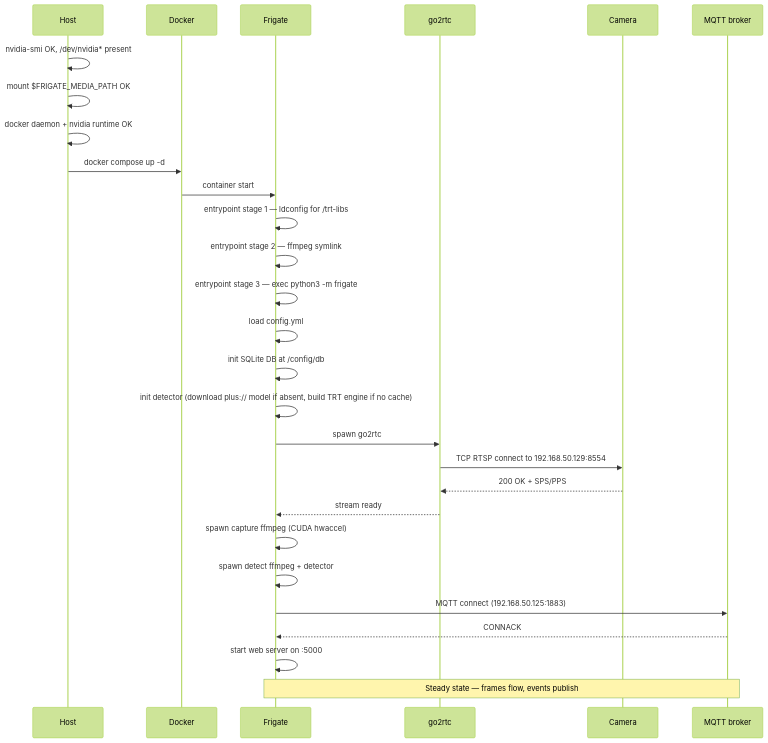
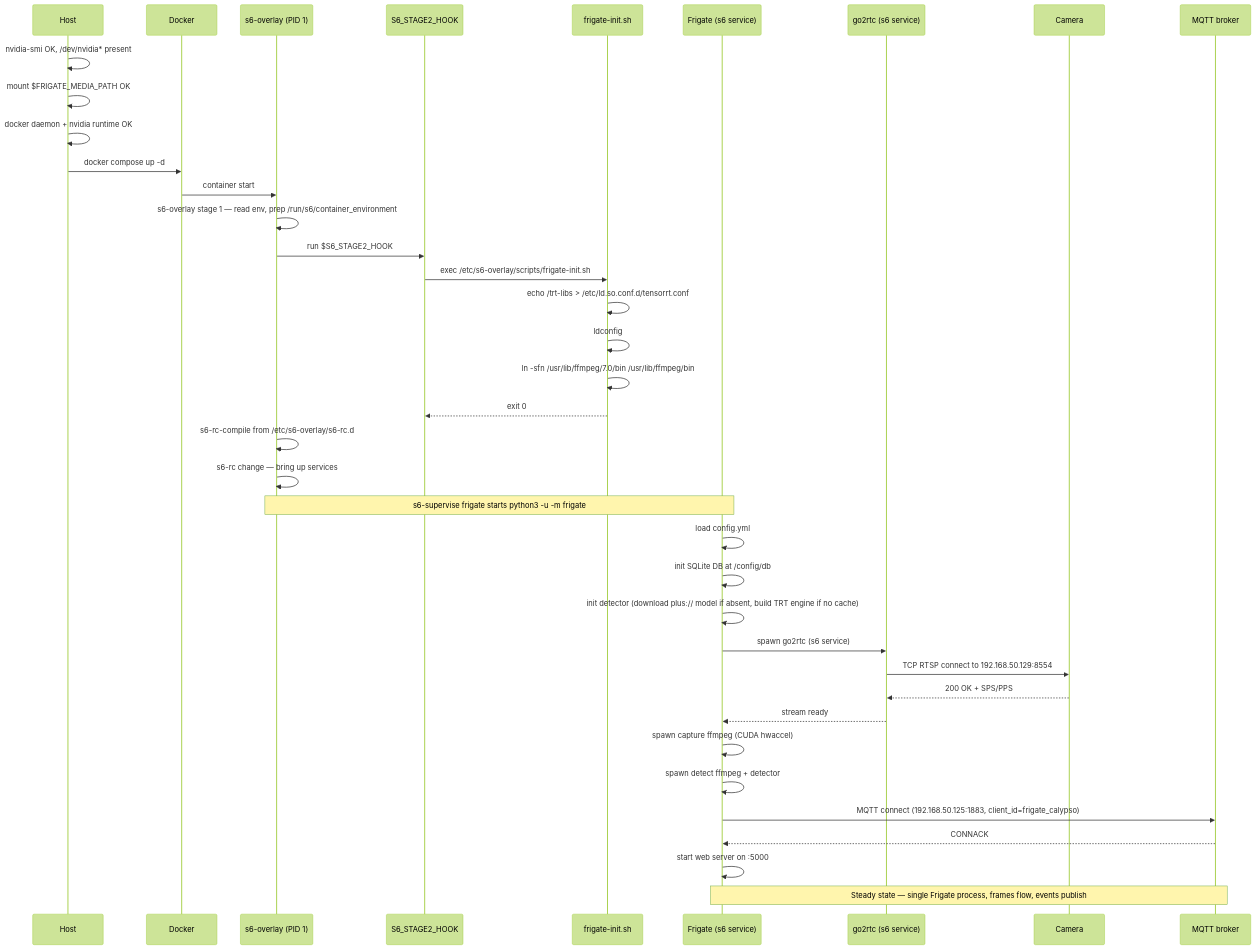
The third of 4 diagrams in ARCHITECTURE.md (nghiaphan31/frigate), drawn with Mermaid (forest theme) before and after one commit. The commit also changed other lines of this file and 3 other files, not shown here.

````diff
--- a/ARCHITECTURE.md
+++ b/ARCHITECTURE.md
@@ -329,31 +394,41 @@
 ```mermaid
 sequenceDiagram
   participant H as Host
   participant D as Docker
-  participant F as Frigate
-  participant G as go2rtc
+  participant S as s6-overlay (PID 1)
+  participant K as S6_STAGE2_HOOK
+  participant I as frigate-init.sh
+  participant F as Frigate (s6 service)
+  participant G as go2rtc (s6 service)
   participant C as Camera
   participant M as MQTT broker
 
   H->>H: nvidia-smi OK, /dev/nvidia* present
   H->>H: mount $FRIGATE_MEDIA_PATH OK
   H->>H: docker daemon + nvidia runtime OK
   H->>D: docker compose up -d
-  D->>F: container start
-  F->>F: entrypoint stage 1 — ldconfig for /trt-libs
-  F->>F: entrypoint stage 2 — ffmpeg symlink
-  F->>F: entrypoint stage 3 — exec python3 -m frigate
+  D->>S: container start
+  S->>S: s6-overlay stage 1 — read env, prep /run/s6/container_environment
+  S->>K: run $S6_STAGE2_HOOK
+  K->>I: exec /etc/s6-overlay/scripts/frigate-init.sh
+  I->>I: echo /trt-libs > /etc/ld.so.conf.d/tensorrt.conf
+  I->>I: ldconfig
+  I->>I: ln -sfn /usr/lib/ffmpeg/7.0/bin /usr/lib/ffmpeg/bin
+  I-->>K: exit 0
+  S->>S: s6-rc-compile from /etc/s6-overlay/s6-rc.d
+  S->>S: s6-rc change — bring up services
+  Note over S,F: s6-supervise frigate starts python3 -u -m frigate
   F->>F: load config.yml
   F->>F: init SQLite DB at /config/db
   F->>F: init detector (download plus:// model if absent, build TRT engine if no cache)
-  F->>G: spawn go2rtc
+  F->>G: spawn go2rtc (s6 service)
   G->>C: TCP RTSP connect to 192.168.50.129:8554
   C-->>G: 200 OK + SPS/PPS
   G-->>F: stream ready
   F->>F: spawn capture ffmpeg (CUDA hwaccel)
   F->>F: spawn detect ffmpeg + detector
-  F->>M: MQTT connect (192.168.50.125:1883)
+  F->>M: MQTT connect (192.168.50.125:1883, client_id=frigate_calypso)
   M-->>F: CONNACK
   F->>F: start web server on :5000
-  Note over F,M: Steady state — frames flow, events publish
+  Note over F,M: Steady state — single Frigate process, frames flow, events publish
 ```
````
